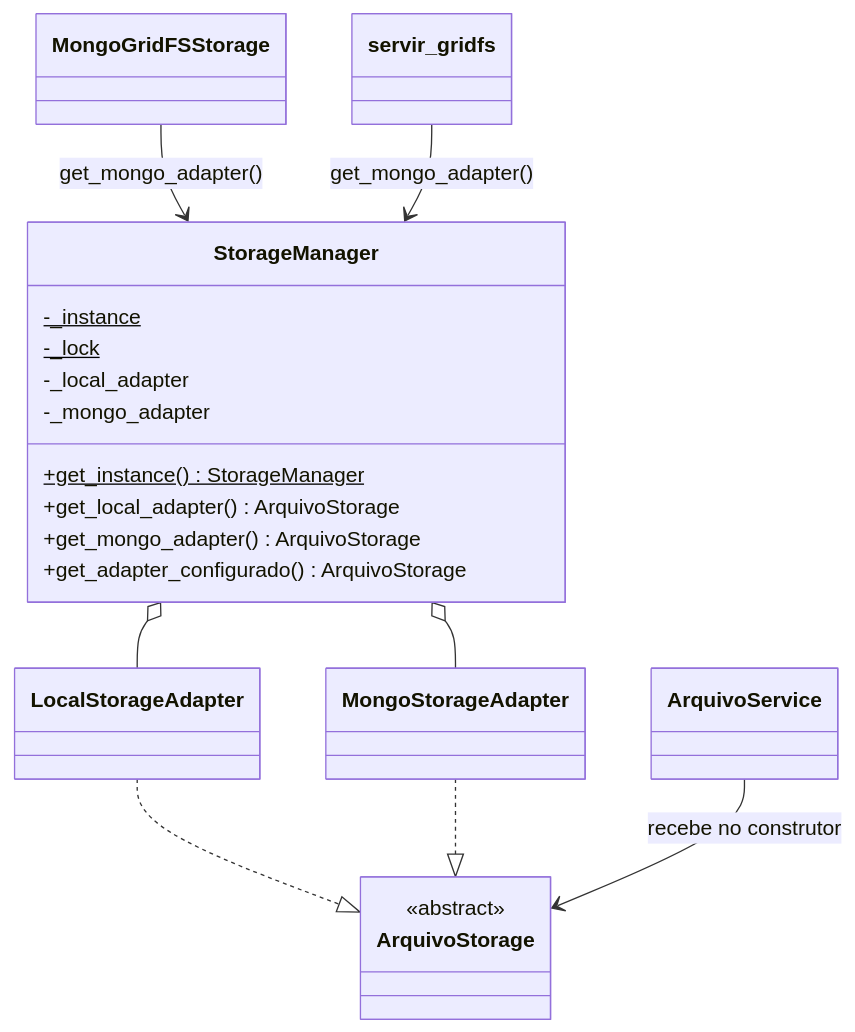
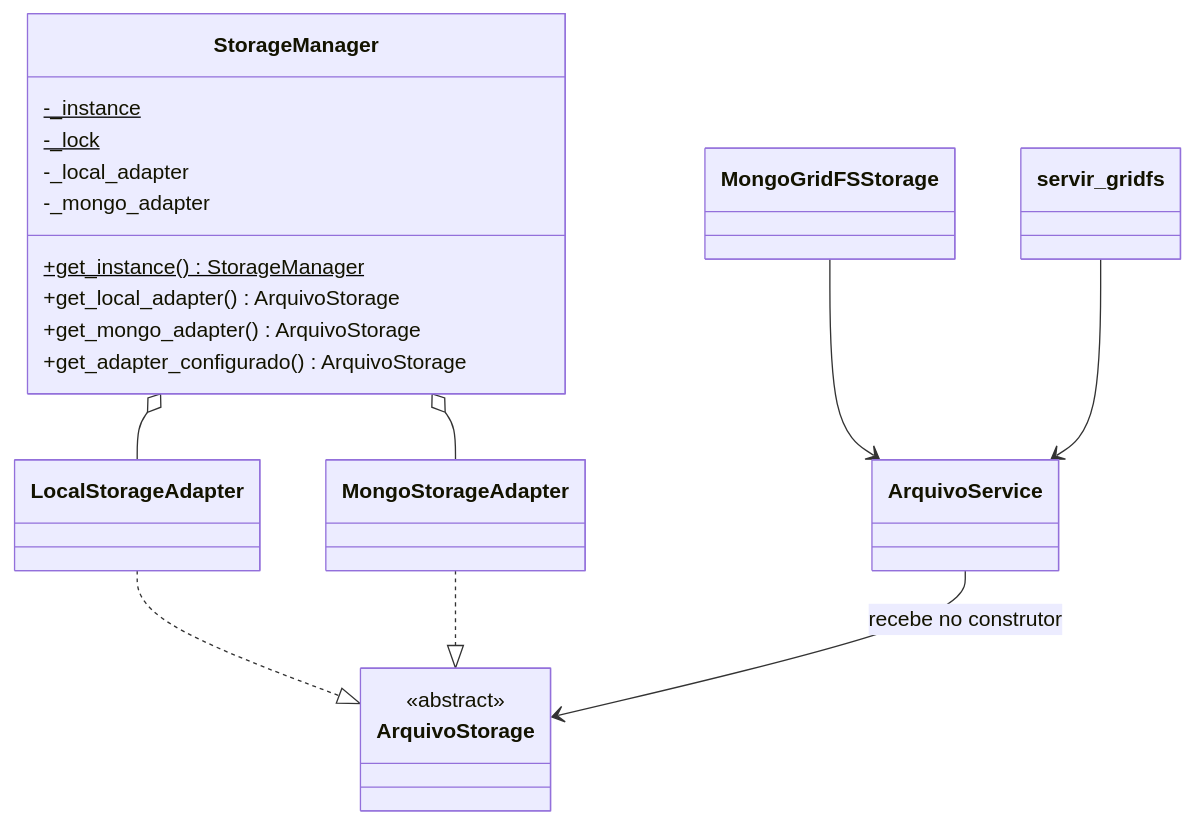
One commit to jaunvava/digicar-eng-soft-2 changed the diagram in docs/singleton-storage.md. Above: the diagram before and after it, drawn with Mermaid. The commit also changed other lines of this file and 13 other files, not shown here.

First line of the commit message:
Implementação do padrão Adapter para armazenamento de arquivos utilizando MongoDB e sistema de arquivos local

````diff
--- a/docs/singleton-storage.md
+++ b/docs/singleton-storage.md
@@ -151,23 +126,23 @@
 ```mermaid
 classDiagram
     class StorageManager {
         -_instance$
         -_lock$
         -_local_adapter
         -_mongo_adapter
         +get_instance()$ StorageManager
         +get_local_adapter() ArquivoStorage
         +get_mongo_adapter() ArquivoStorage
         +get_adapter_configurado() ArquivoStorage
     }
     class ArquivoStorage {
         <<abstract>>
     }
     LocalStorageAdapter ..|> ArquivoStorage
     MongoStorageAdapter ..|> ArquivoStorage
     StorageManager o-- LocalStorageAdapter
     StorageManager o-- MongoStorageAdapter
     ArquivoService --> ArquivoStorage : recebe no construtor
-    MongoGridFSStorage --> StorageManager : get_mongo_adapter()
-    servir_gridfs --> StorageManager : get_mongo_adapter()
+    MongoGridFSStorage --> ArquivoService
+    servir_gridfs --> ArquivoService
 ```
````
